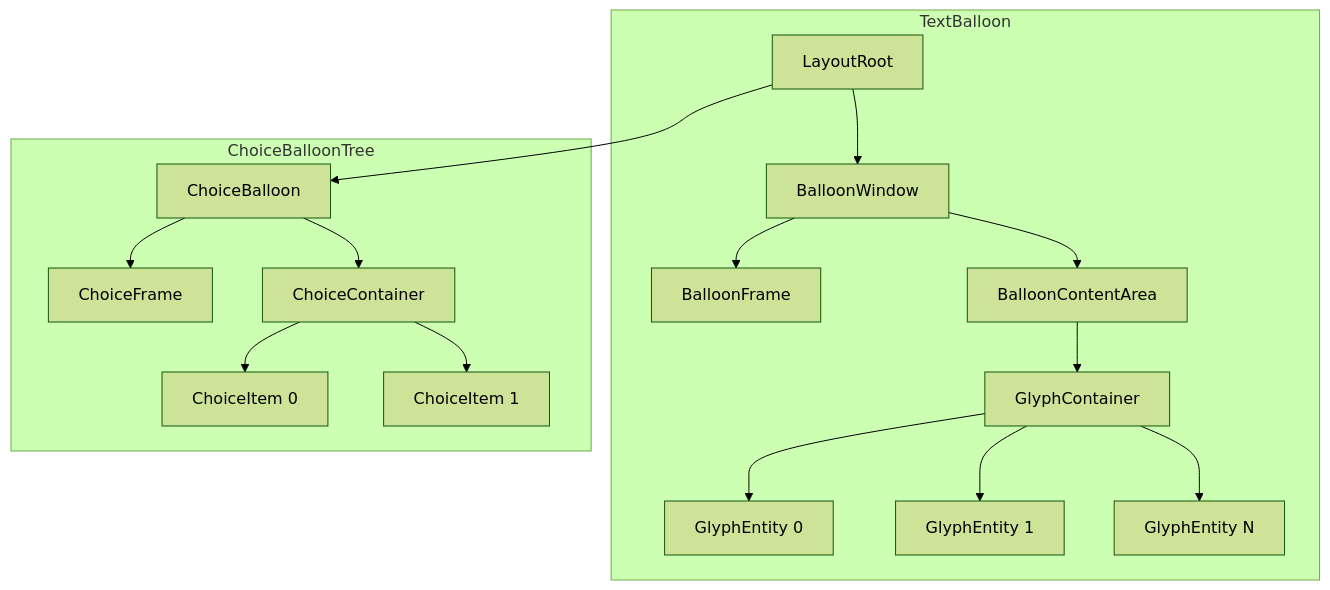
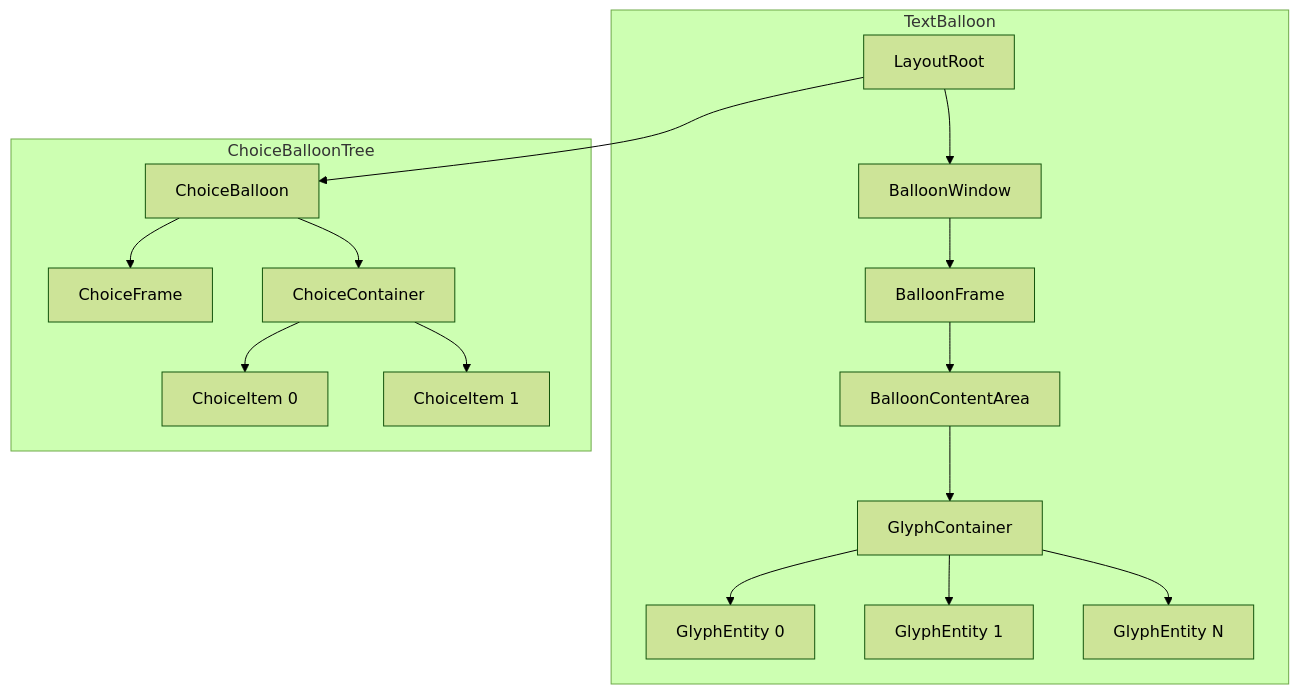
One commit to ekicyou/areka changed the fifth of 5 diagrams in .kiro/specs/wintf-P0-balloon-system/design.md. Above: the diagram before and after it, drawn with Mermaid (forest theme). The commit also changed other lines of this file and 1 other file, not shown here.

Commit message:
fix(spec): 自明な設計修正 (on_add Commands使用可, 階層図BCA親修正, dola依存パターン明記)

````diff
--- a/.kiro/specs/wintf-P0-balloon-system/design.md
+++ b/.kiro/specs/wintf-P0-balloon-system/design.md
@@ -748,35 +748,35 @@
 ```mermaid
 graph TB
     subgraph TextBalloon
         LR[LayoutRoot]
         BW[BalloonWindow]
         BF[BalloonFrame]
         BCA[BalloonContentArea]
         GC[GlyphContainer]
         G0[GlyphEntity 0]
         G1[GlyphEntity 1]
         GN[GlyphEntity N]
     end
 
     subgraph ChoiceBalloonTree
         CB[ChoiceBalloon]
         CF[ChoiceFrame]
         CC[ChoiceContainer]
         CI0[ChoiceItem 0]
         CI1[ChoiceItem 1]
     end
 
     LR --> BW
     BW --> BF
-    BW --> BCA
+    BF --> BCA
     BCA --> GC
     GC --> G0
     GC --> G1
     GC --> GN
 
     LR --> CB
     CB --> CF
     CB --> CC
     CC --> CI0
     CC --> CI1
 ```
````
